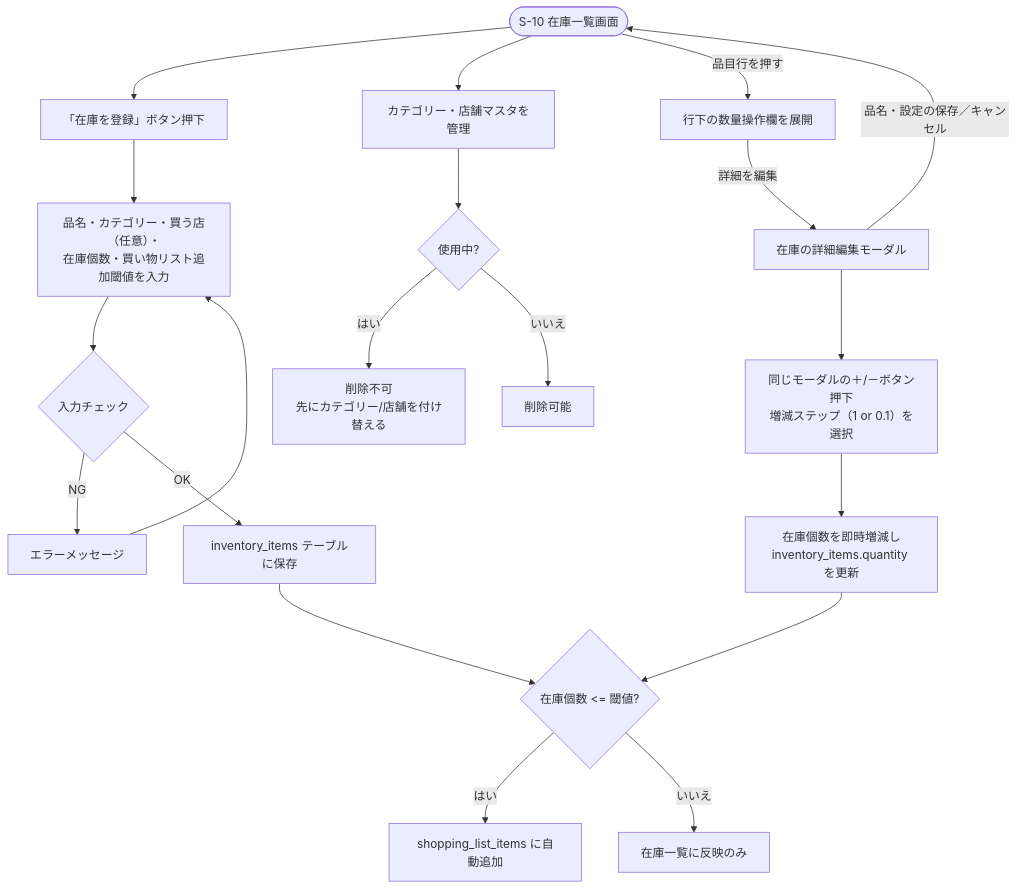
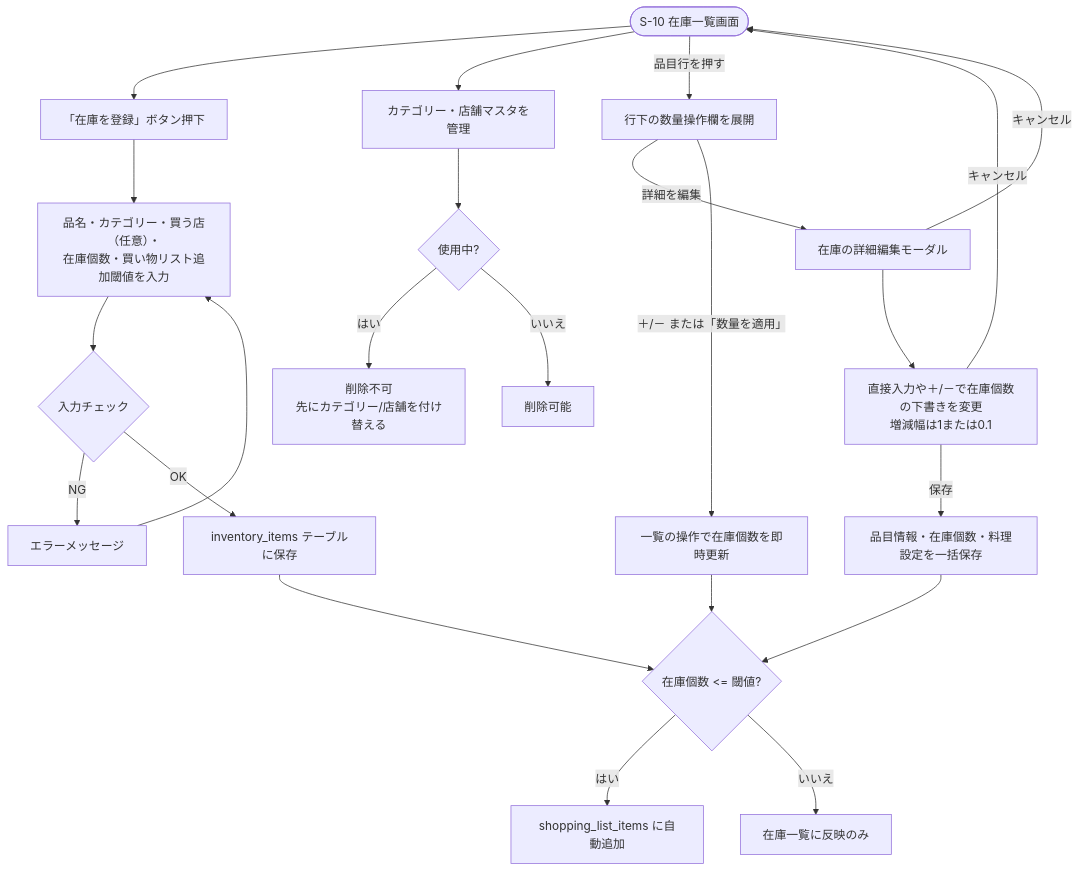
The diagram in docs/details/features/F07_zaiko_inventory.md (yamamotonaoki3/HomeLog), drawn with Mermaid before and after one commit. The commit also changed other lines of this file and 26 other files, not shown here.

````diff
--- a/docs/details/features/F07_zaiko_inventory.md
+++ b/docs/details/features/F07_zaiko_inventory.md
@@ -19,24 +19,27 @@
 ```mermaid
 flowchart TD
     A([S-10 在庫一覧画面]) --> B["「在庫を登録」ボタン押下"]
     B --> C[品名・カテゴリー・買う店（任意）・\n在庫個数・買い物リスト追加閾値を入力]
     C --> D{入力チェック}
     D -- NG --> E[エラーメッセージ]
     E --> C
     D -- OK --> F[inventory_items テーブルに保存]
     F --> G{在庫個数 <= 閾値?}
     G -- はい --> H[shopping_list_items に自動追加]
     G -- いいえ --> I[在庫一覧に反映のみ]
 
     A --> J[カテゴリー・店舗マスタを管理]
     J --> K{使用中?}
     K -- はい --> L[削除不可\n先にカテゴリー/店舗を付け替える]
     K -- いいえ --> M[削除可能]
 
     A -- 品目行を押す --> Expand["行下の数量操作欄を展開"]
     Expand -- 詳細を編集 --> Edit["在庫の詳細編集モーダル"]
-    Edit -- 品名・設定の保存／キャンセル --> A
-    Edit --> N["同じモーダルの＋/－ボタン押下\n増減ステップ（1 or 0.1）を選択"]
-    N --> O[在庫個数を即時増減し\ninventory_items.quantity を更新]
+    Edit --> N["直接入力や＋/－で在庫個数の下書きを変更\n増減幅は1または0.1"]
+    N -- 保存 --> P["品目情報・在庫個数・料理設定を一括保存"]
+    P --> G
+    Edit -- キャンセル --> A
+    N -- キャンセル --> A
+    Expand -->|＋/－ または「数量を適用」| O["一覧の操作で在庫個数を即時更新"]
     O --> G
 ```
````
